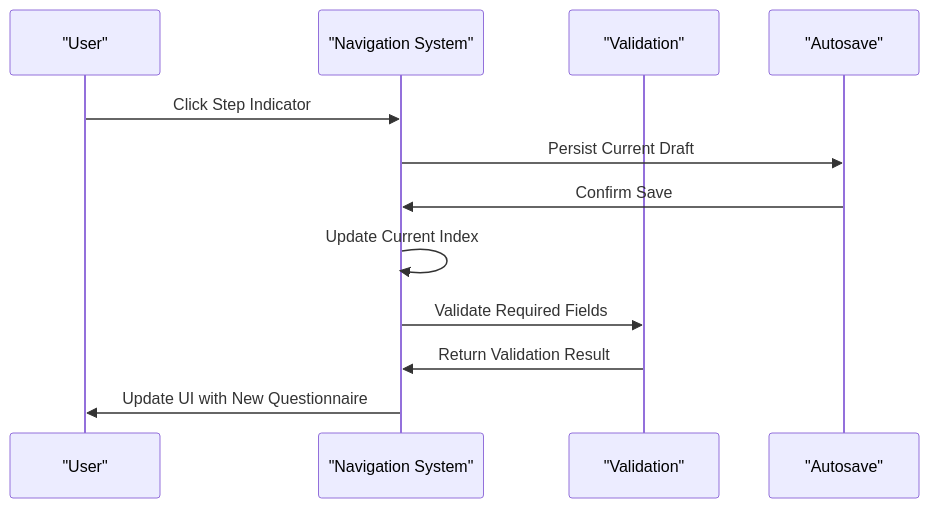
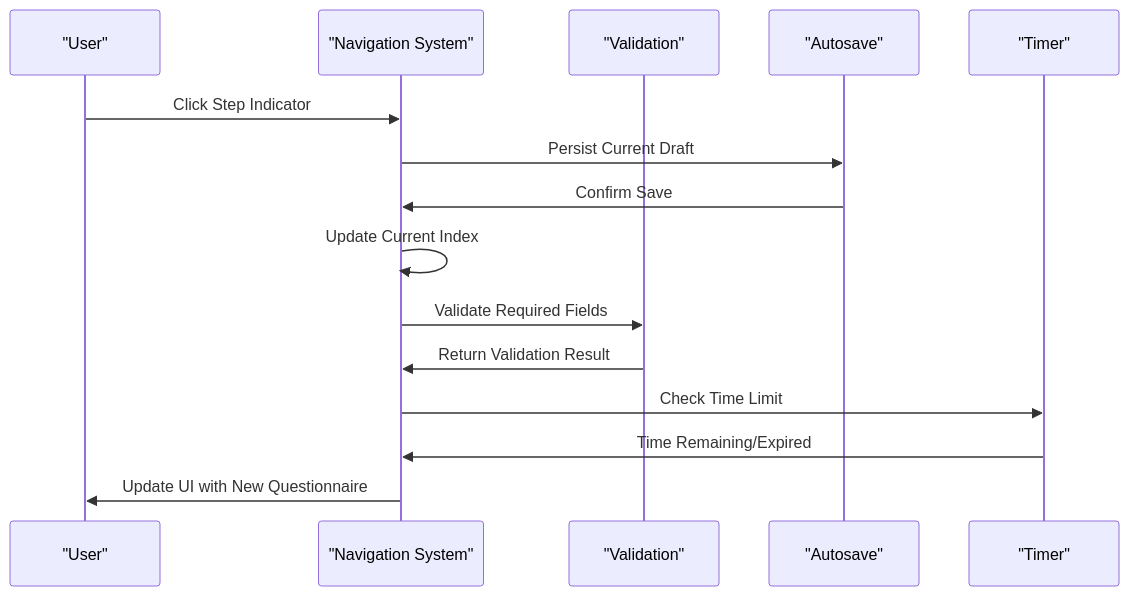
Before and after one commit to rudicatsmile/assesment360: the fourth of 9 diagrams in .qoder/repowiki/en/content/Core Features/Evaluation Workflows/Questionnaire Filling Interface.md, drawn with Mermaid. The commit also changed other lines of this file and 6 other files, not shown here.

````diff
--- a/.qoder/repowiki/en/content/Core Features/Evaluation Workflows/Questionnaire Filling Interface.md
+++ b/.qoder/repowiki/en/content/Core Features/Evaluation Workflows/Questionnaire Filling Interface.md
@@ -198,14 +271,17 @@
 ```mermaid
 sequenceDiagram
 participant U as "User"
 participant N as "Navigation System"
 participant V as "Validation"
 participant A as "Autosave"
+participant T as "Timer"
 U->>N : Click Step Indicator
 N->>A : Persist Current Draft
 A->>N : Confirm Save
 N->>N : Update Current Index
 N->>V : Validate Required Fields
 V->>N : Return Validation Result
+N->>T : Check Time Limit
+T->>N : Time Remaining/Expired
 N->>U : Update UI with New Questionnaire
 ```
````
